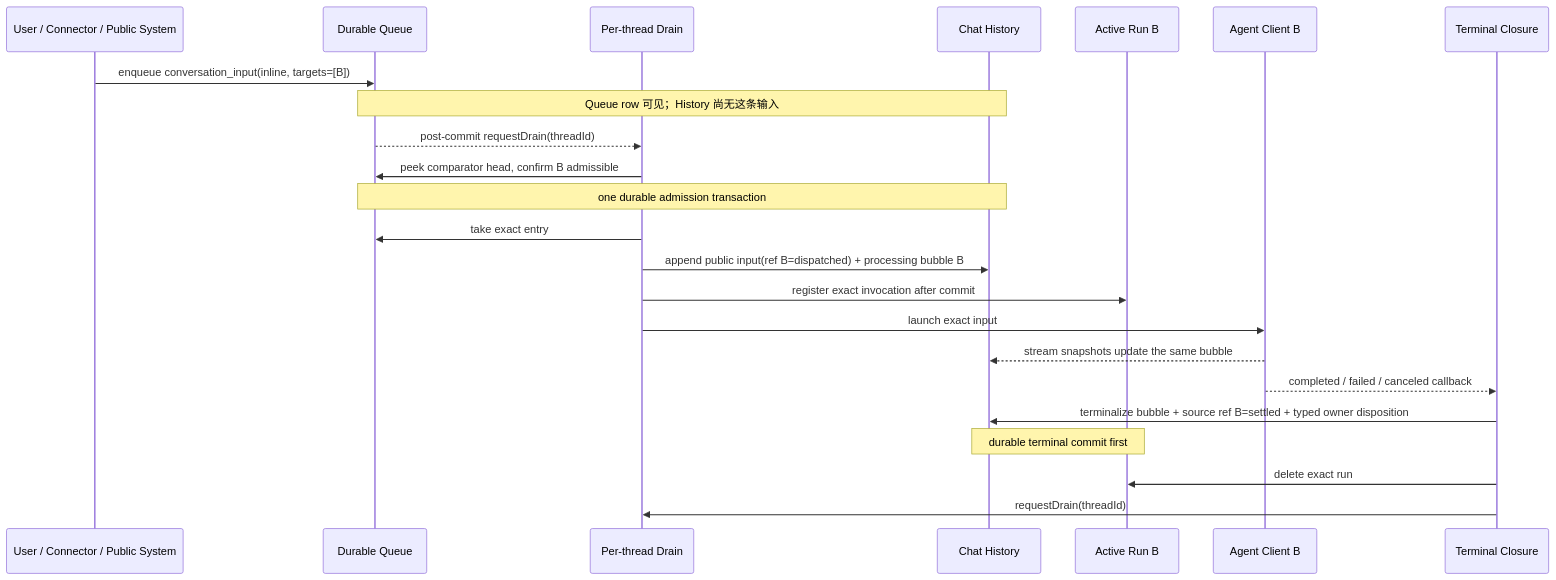
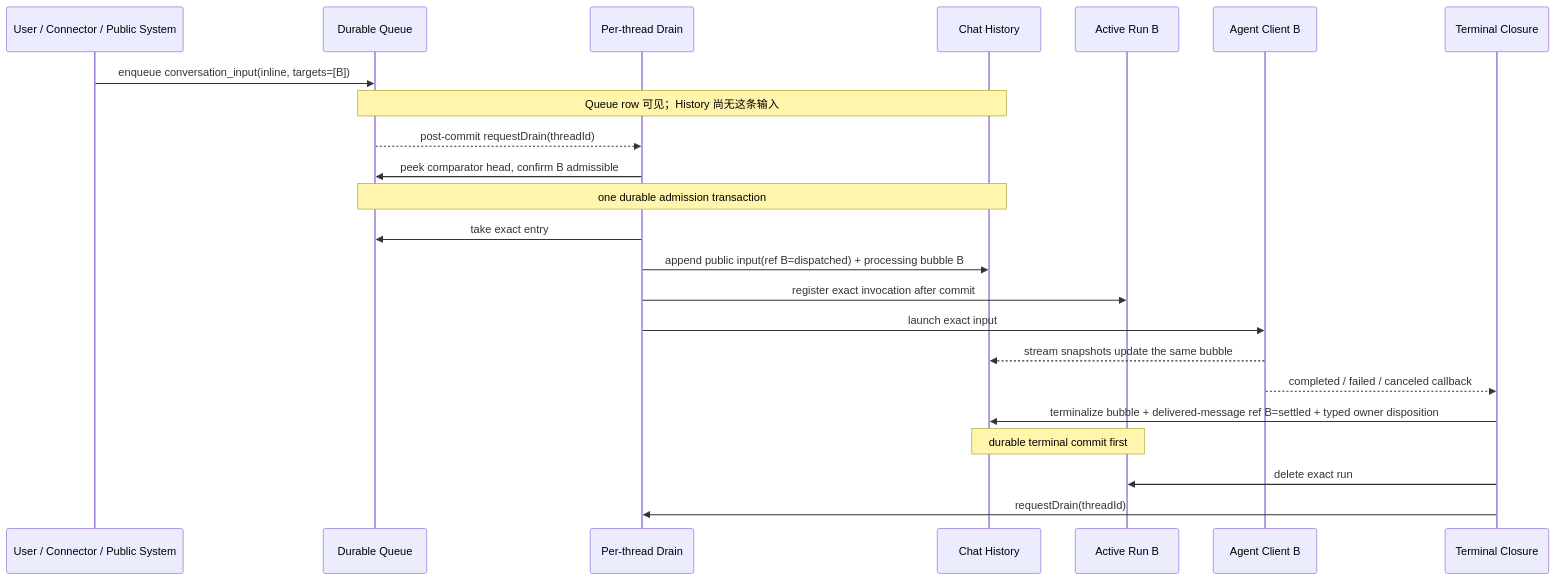
Before and after one commit to zts212653/clowder-ai: the first of 8 diagrams in docs/architecture/message-delivery-handling-handoff-audit.md, drawn with Mermaid. The commit also changed other lines of this file, not shown here.

First line of the commit message:
docs: anchor dispatch avatars to delivered messages

````diff
--- a/docs/architecture/message-delivery-handling-handoff-audit.md
+++ b/docs/architecture/message-delivery-handling-handoff-audit.md
@@ -94,26 +94,26 @@
 ```mermaid
 sequenceDiagram
     participant U as User / Connector / Public System
     participant Q as Durable Queue
     participant D as Per-thread Drain
     participant H as Chat History
     participant R as Active Run B
     participant B as Agent Client B
     participant T as Terminal Closure
 
     U->>Q: enqueue conversation_input(inline, targets=[B])
     Note over Q,H: Queue row 可见；History 尚无这条输入
     Q-->>D: post-commit requestDrain(threadId)
     D->>Q: peek comparator head, confirm B admissible
     Note over Q,H: one durable admission transaction
     D->>Q: take exact entry
     D->>H: append public input(ref B=dispatched) + processing bubble B
     D->>R: register exact invocation after commit
     D->>B: launch exact input
     B-->>H: stream snapshots update the same bubble
     B-->>T: completed / failed / canceled callback
-    T->>H: terminalize bubble + source ref B=settled + typed owner disposition
+    T->>H: terminalize bubble + delivered-message ref B=settled + typed owner disposition
     Note over H,R: durable terminal commit first
     T->>R: delete exact run
     T->>D: requestDrain(threadId)
 ```
````
